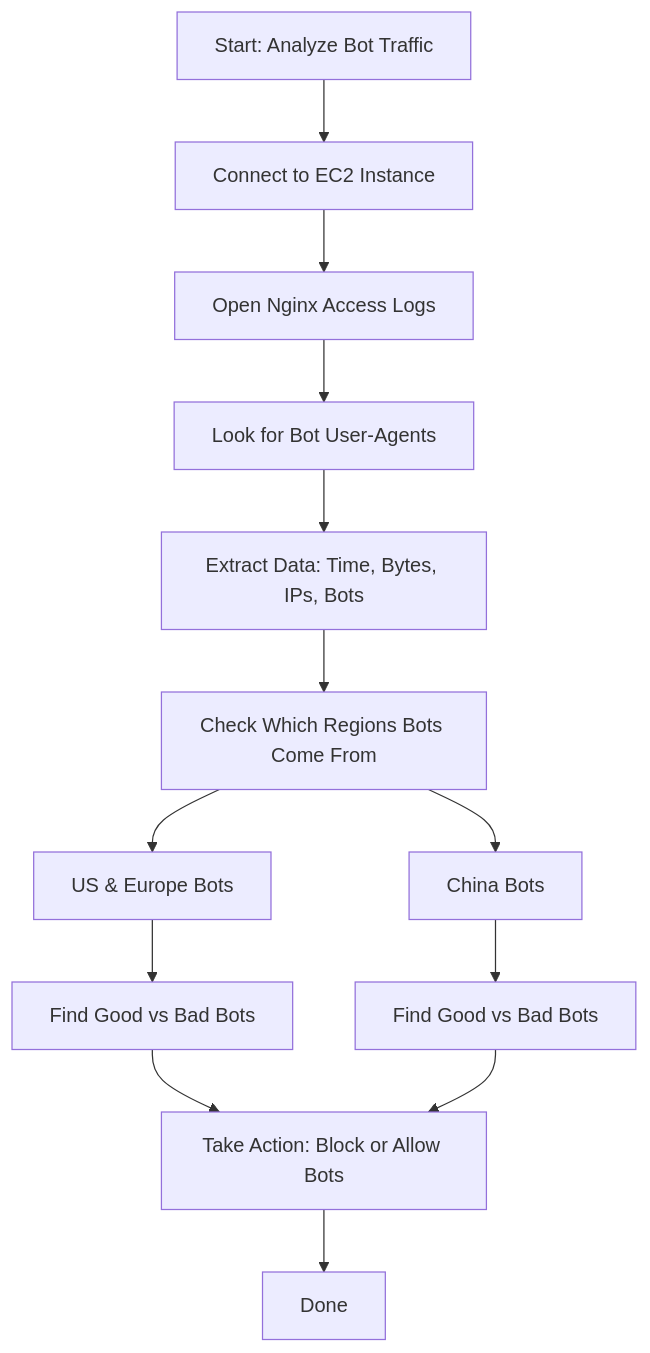
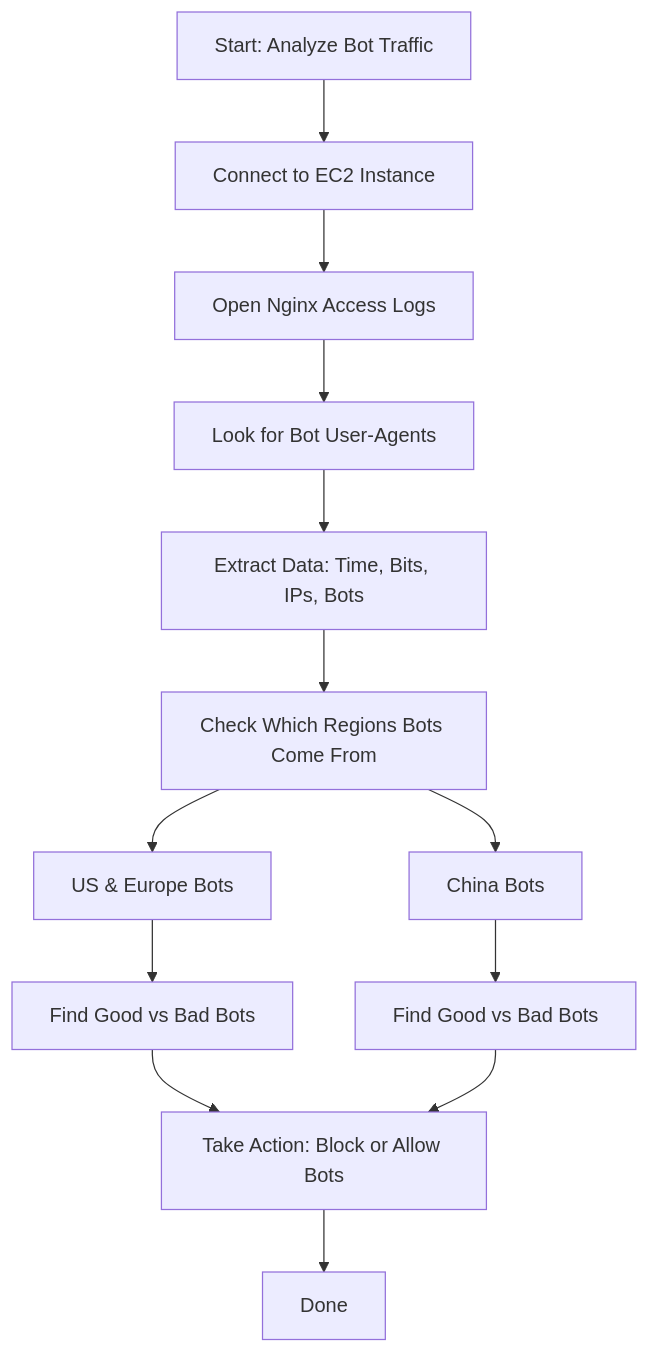
Before and after one commit to hamzasherazii/Bots-Categorization-with-respect-to-Regions-and-Filtering-Logs: the diagram in README.md, drawn with Mermaid. The commit also changed other lines of this file, not shown here.

````diff
--- a/README.md
+++ b/README.md
@@ -19,15 +18,15 @@
 ```mermaid
 flowchart TD
     A[Start: Analyze Bot Traffic] --> B[Connect to EC2 Instance]
     B --> C[Open Nginx Access Logs]
     C --> D[Look for Bot User-Agents]
-    D --> E[Extract Data: Time, Bytes, IPs, Bots]
+    D --> E[Extract Data: Time, Bits, IPs, Bots]
     E --> F[Check Which Regions Bots Come From]
     F --> G1[US & Europe Bots]
     F --> G2[China Bots]
     G1 --> H1[Find Good vs Bad Bots]
     G2 --> H2[Find Good vs Bad Bots]
     H1 --> I[Take Action: Block or Allow Bots]
     H2 --> I
     I --> J[Done]
 ```
````
